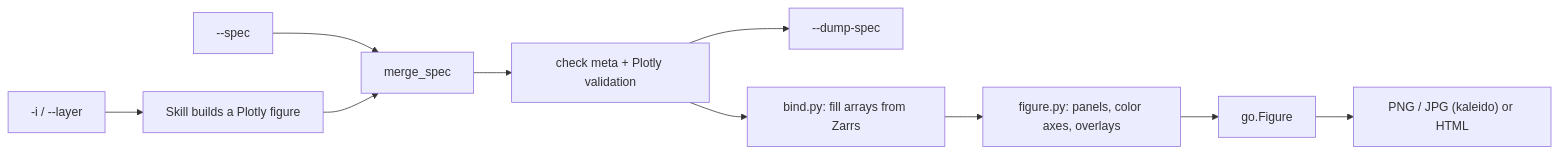
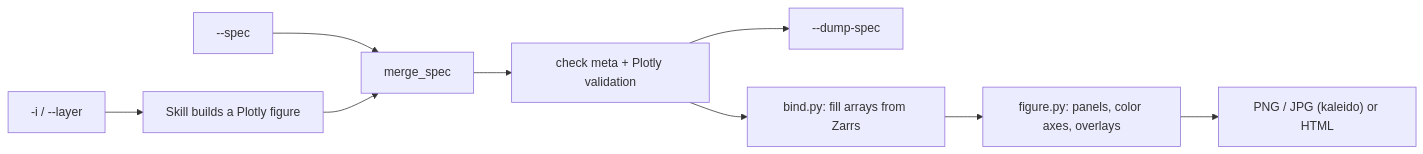
One commit to rhiza-research/weather-skills-plotting changed the diagram in docs/plotting.md. Above: the diagram before and after it, drawn with Mermaid. The commit also changed other lines of this file, not shown here.

````diff
--- a/docs/plotting.md
+++ b/docs/plotting.md
@@ -27,12 +21,11 @@
 ```mermaid
 flowchart LR
   Files["-i / --layer"] --> Skeleton[Skill builds a Plotly figure]
   SpecFlag["--spec"] --> Merge[merge_spec]
   Skeleton --> Merge
   Merge --> Validate[check meta + Plotly validation]
   Validate --> Dump["--dump-spec"]
   Validate --> Bind[bind.py: fill arrays from Zarrs]
   Bind --> Assemble[figure.py: panels, color axes, overlays]
-  Assemble --> Fig[go.Figure]
-  Fig --> Out["PNG / JPG (kaleido) or HTML"]
+  Assemble --> Out["PNG / JPG (kaleido) or HTML"]
 ```
````
